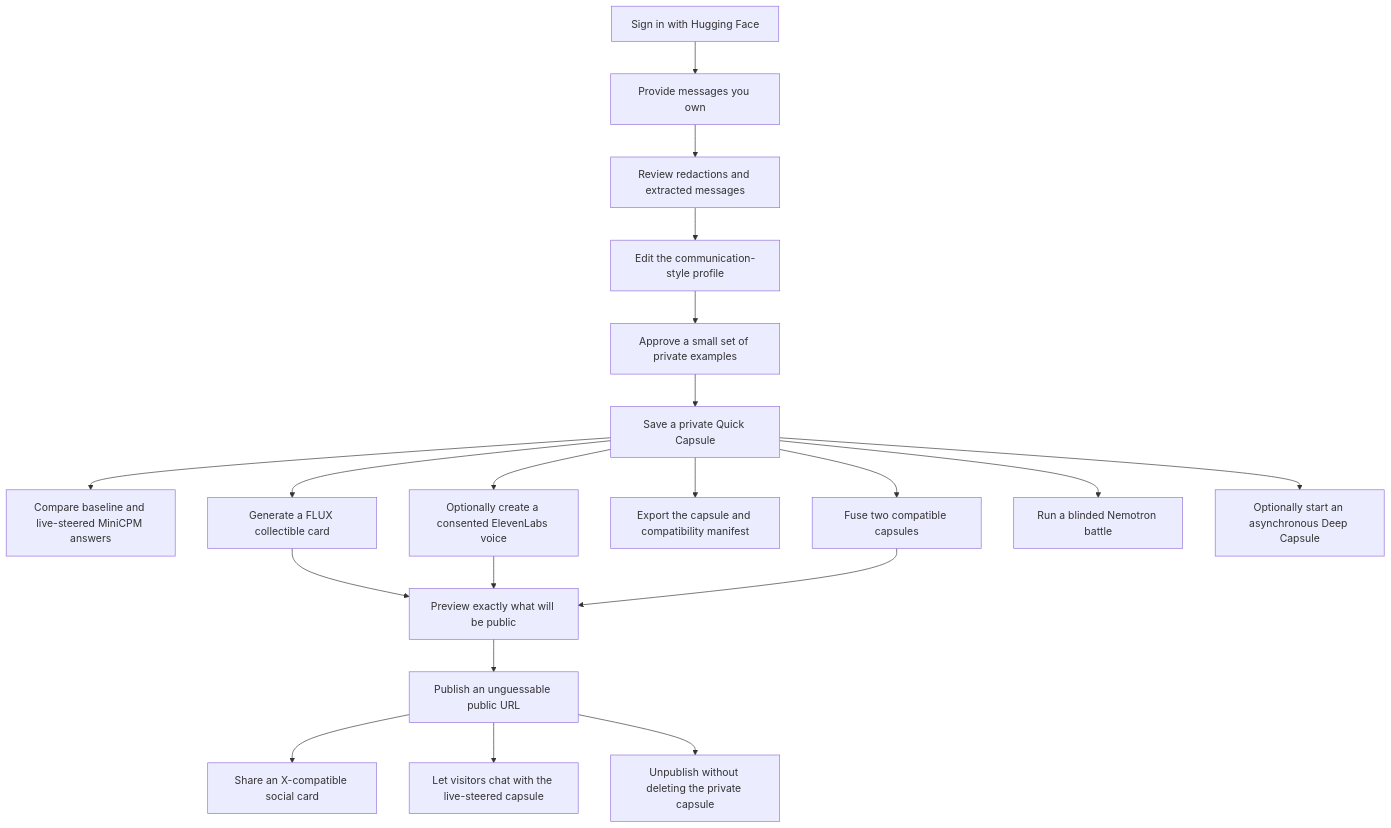
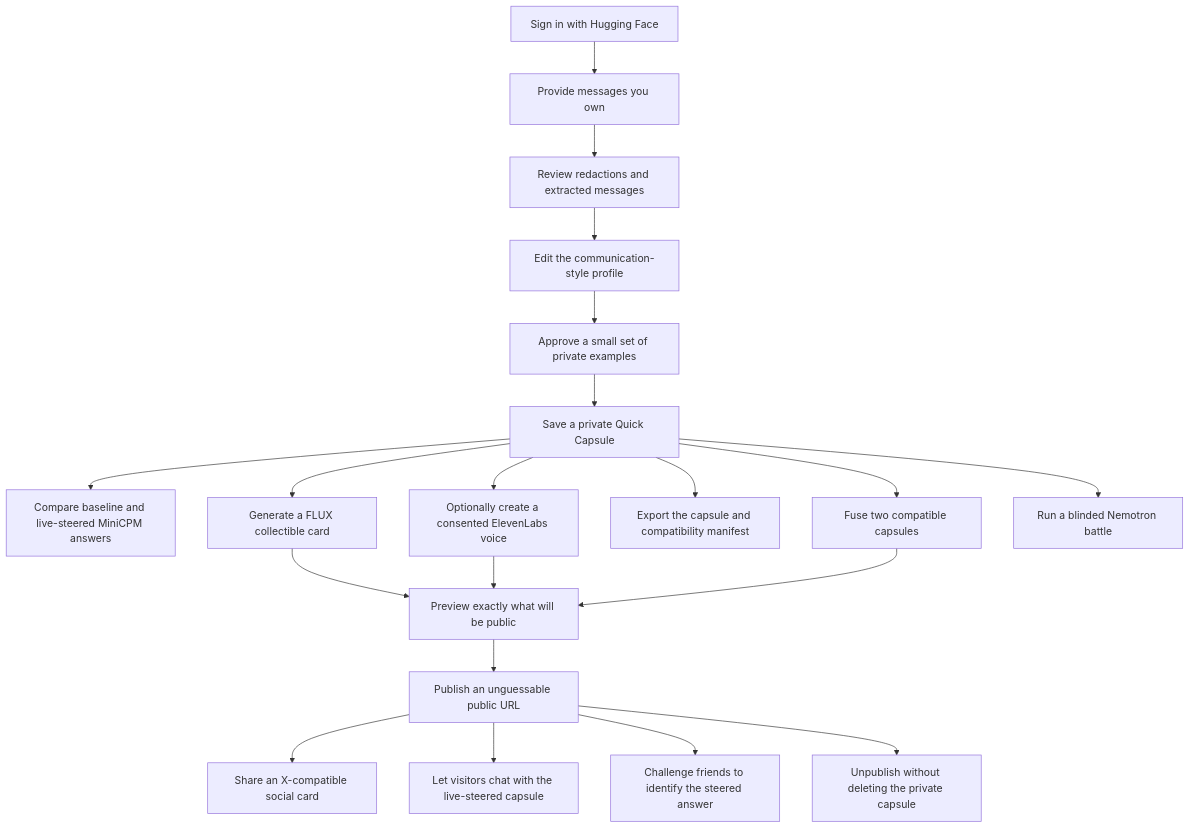
Before and after one commit to perfect7613/persona-capsule: the first of 3 diagrams in README.md, drawn with Mermaid. The commit also changed other lines of this file and 9 other files, not shown here.

````diff
--- a/README.md
+++ b/README.md
@@ -89,22 +102,22 @@
 ```mermaid
 flowchart TD
     A["Sign in with Hugging Face"] --> B["Provide messages you own"]
     B --> C["Review redactions and extracted messages"]
     C --> D["Edit the communication-style profile"]
     D --> E["Approve a small set of private examples"]
     E --> F["Save a private Quick Capsule"]
     F --> G["Compare baseline and live-steered MiniCPM answers"]
     F --> H["Generate a FLUX collectible card"]
     F --> I["Optionally create a consented ElevenLabs voice"]
     F --> J["Export the capsule and compatibility manifest"]
     F --> O["Fuse two compatible capsules"]
     F --> P["Run a blinded Nemotron battle"]
-    F --> Q["Optionally start an asynchronous Deep Capsule"]
     H --> K["Preview exactly what will be public"]
     I --> K
     O --> K
     K --> L["Publish an unguessable public URL"]
     L --> M["Share an X-compatible social card"]
     L --> R["Let visitors chat with the live-steered capsule"]
+    L --> S["Challenge friends to identify the steered answer"]
     L --> N["Unpublish without deleting the private capsule"]
 ```
````
